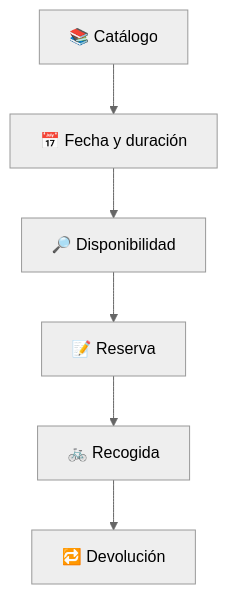
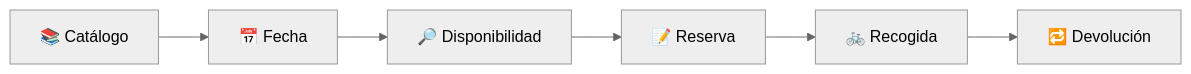
Before and after one commit to REN-ORDO/Rodar: the second of 3 diagrams in README.md, drawn with Mermaid (neutral theme). The commit also changed other lines of this file, not shown here.

Commit message:
docs(readme): diagramas de flujo en horizontal fuera de la tabla

````diff
--- a/README.md
+++ b/README.md
@@ -114,8 +104,4 @@
 ```mermaid
-flowchart TD
-  A[📚 Catálogo] --> B[📅 Fecha y duración]
-  B --> C[🔎 Disponibilidad]
-  C --> D[📝 Reserva]
-  D --> E[🚲 Recogida]
-  E --> F[🔁 Devolución]
+flowchart LR
+  A[📚 Catálogo] --> B[📅 Fecha] --> C[🔎 Disponibilidad] --> D[📝 Reserva] --> E[🚲 Recogida] --> F[🔁 Devolución]
 ```
````
